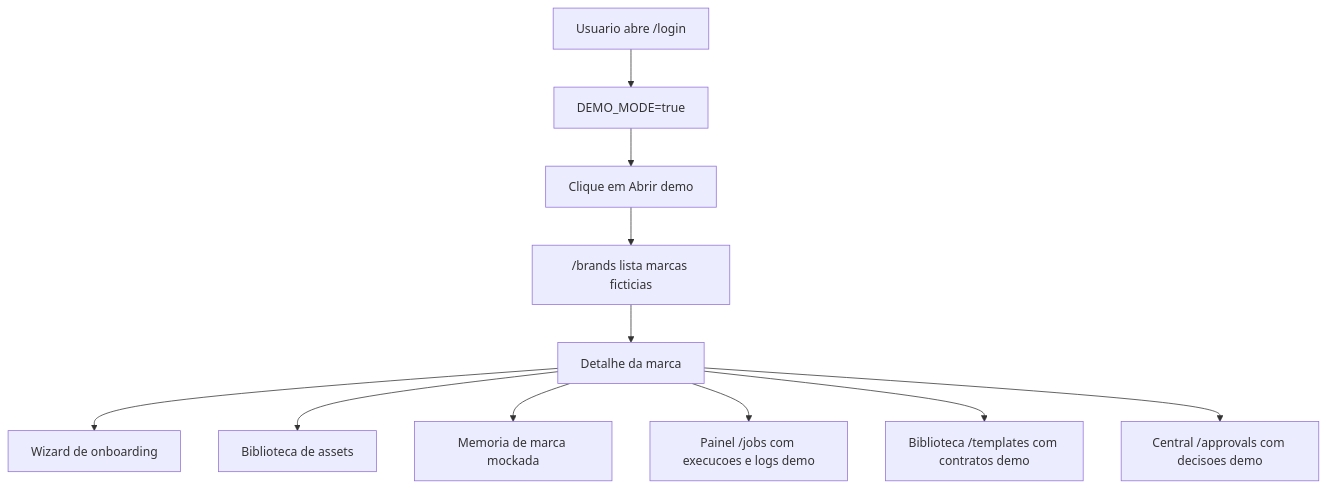
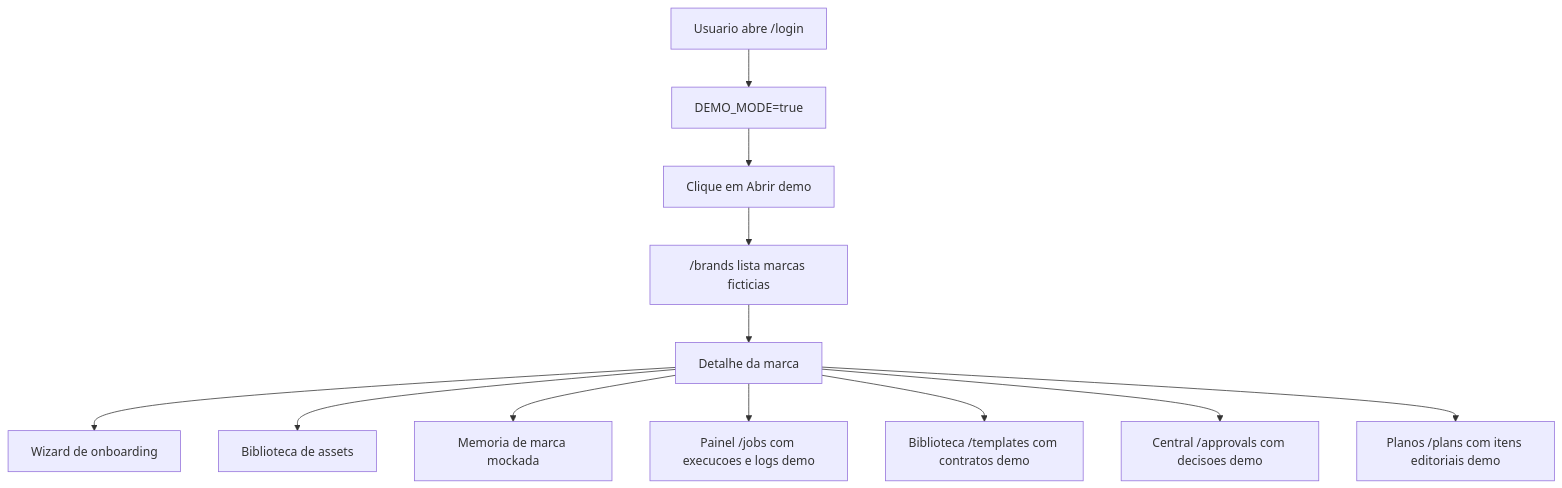
Before and after one commit to fabiohhsales/content-saas: the first of 5 diagrams in docs/DIAGNOSTICO-ATUAL.md, drawn with Mermaid. The commit also changed other lines of this file and 6 other files, not shown here.

````diff
--- a/docs/DIAGNOSTICO-ATUAL.md
+++ b/docs/DIAGNOSTICO-ATUAL.md
@@ -226,13 +231,14 @@
 ```mermaid
 flowchart TD
   A["Usuario abre /login"] --> B["DEMO_MODE=true"]
   B --> C["Clique em Abrir demo"]
   C --> D["/brands lista marcas ficticias"]
   D --> E["Detalhe da marca"]
   E --> F["Wizard de onboarding"]
   E --> G["Biblioteca de assets"]
   E --> H["Memoria de marca mockada"]
   E --> I["Painel /jobs com execucoes e logs demo"]
   E --> J["Biblioteca /templates com contratos demo"]
   E --> K["Central /approvals com decisoes demo"]
+  E --> L["Planos /plans com itens editoriais demo"]
 ```
````
